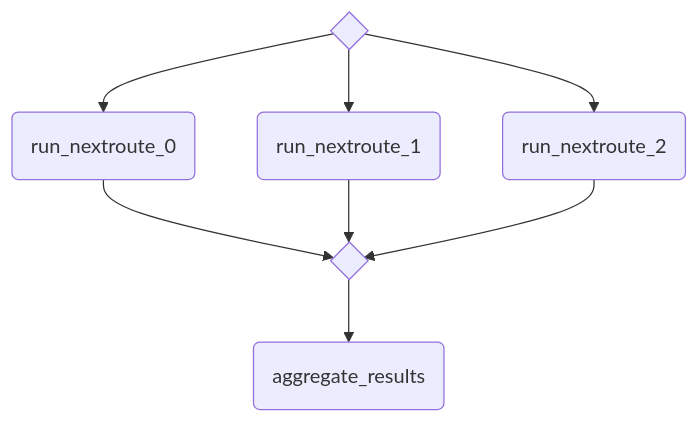
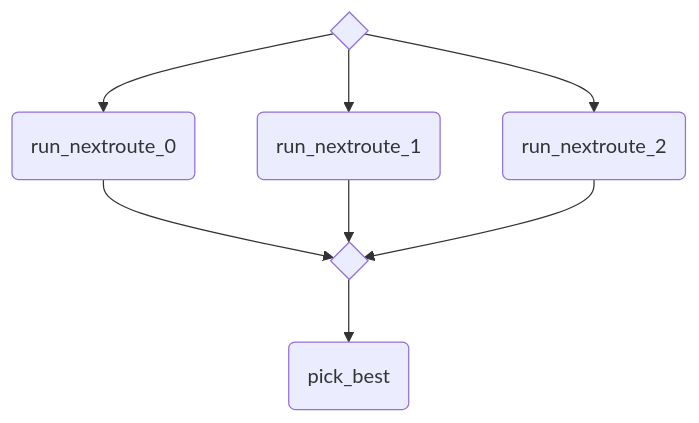
The diagram in examples/pipeline-ensemble/README.md (nextmv-io/nextpipe), drawn with Mermaid before and after one commit. The commit also changed 3 other files, not shown here.

Commit message:
Rename to pick_best

````diff
--- a/examples/pipeline-ensemble/README.md
+++ b/examples/pipeline-ensemble/README.md
@@ -7,16 +7,16 @@
 ```mermaid
 graph TD
   run_nextroute{ }
   run_nextroute_join{ }
   run_nextroute_0(run_nextroute_0)
   run_nextroute --> run_nextroute_0
   run_nextroute_0 --> run_nextroute_join
   run_nextroute_1(run_nextroute_1)
   run_nextroute --> run_nextroute_1
   run_nextroute_1 --> run_nextroute_join
   run_nextroute_2(run_nextroute_2)
   run_nextroute --> run_nextroute_2
   run_nextroute_2 --> run_nextroute_join
-  run_nextroute_join --> aggregate_results
-  aggregate_results(aggregate_results)
+  run_nextroute_join --> pick_best
+  pick_best(pick_best)
 ```
````
